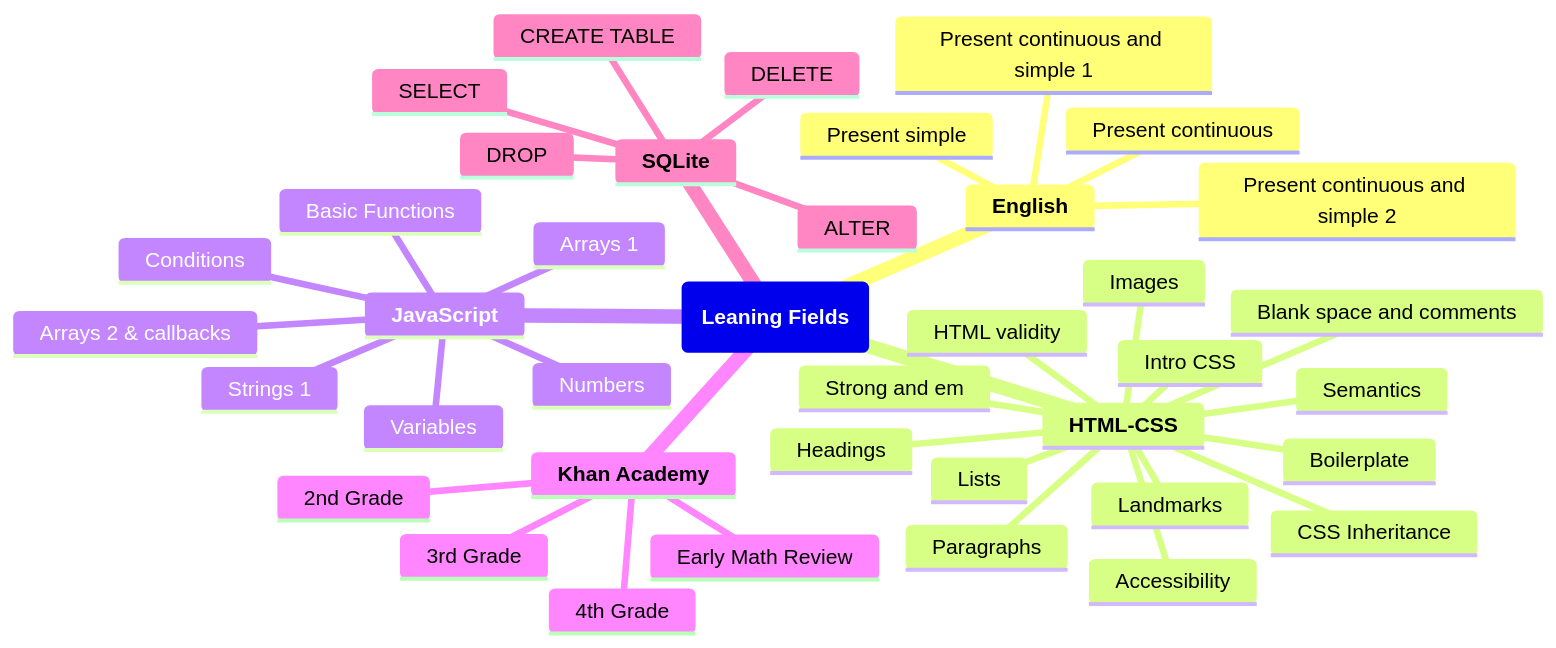
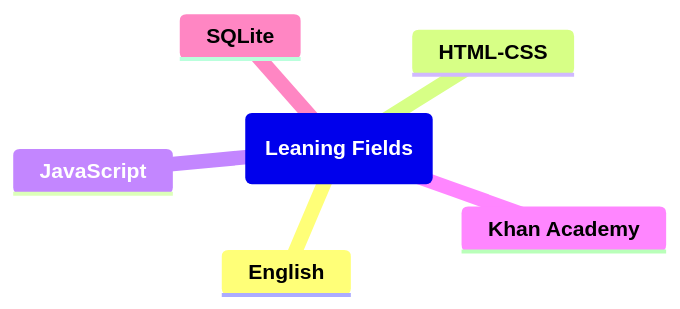
Before and after one commit to MarvinSilcGit/Learning: the diagram in README.md, drawn with Mermaid.

````diff
--- a/README.md
+++ b/README.md
@@ -4,43 +4,9 @@
 ```mermaid
 mindmap
   root(**Leaning Fields**)
     **English**
-        Present continuous
-        Present simple
-        Present continuous and simple 1
-        Present continuous and simple 2
     **HTML-CSS**
-        Semantics
-        Accessibility
-        Headings
-        Boilerplate
-        Blank space and comments
-        Paragraphs
-        Lists
-        HTML validity
-        Landmarks
-        Strong and em
-        Images
-        Intro CSS
-        CSS Inheritance
     **JavaScript**
-        Basic Functions
-        Strings 1
-        Numbers
-        Variables
-        Conditions
-        Arrays 1
-        Arrays 2 & callbacks
     **Khan Academy**
-        Early Math Review
-        2nd Grade
-        3rd Grade
-        4th Grade
     **SQLite**
-        CREATE TABLE
-        SELECT
-        ALTER
-        DROP
-        DELETE
-    
 ```
````
